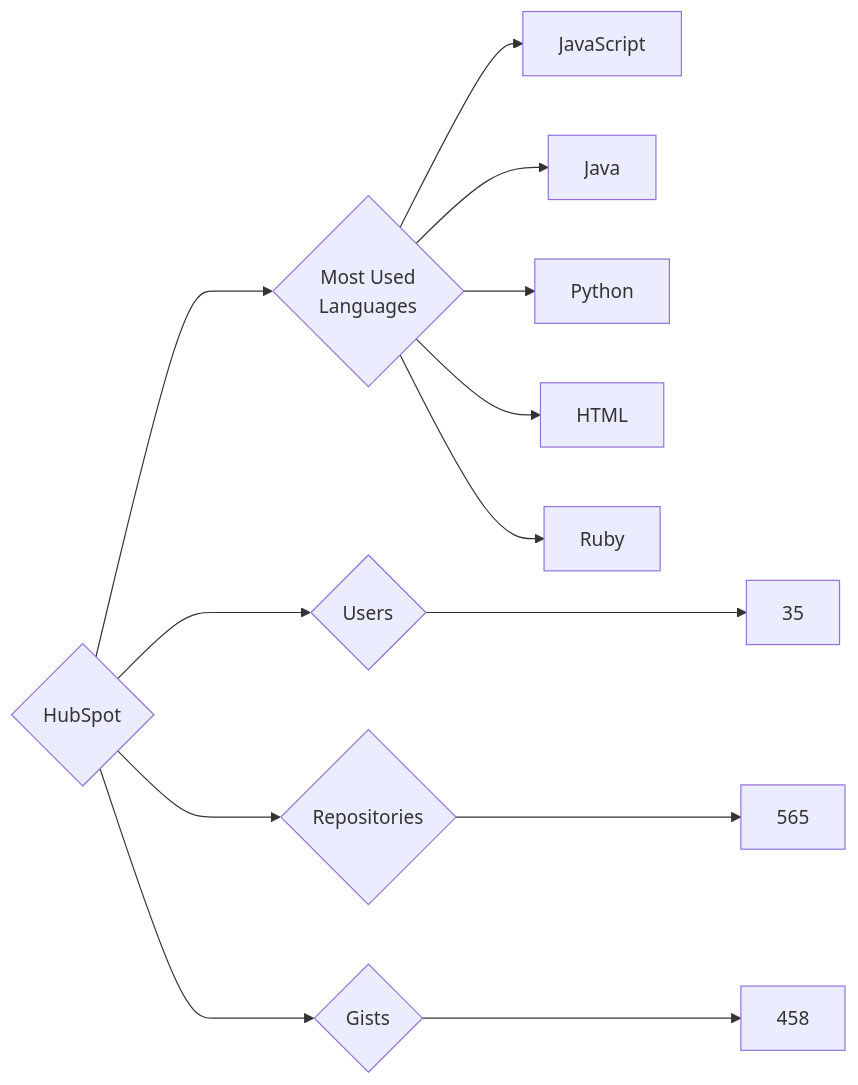
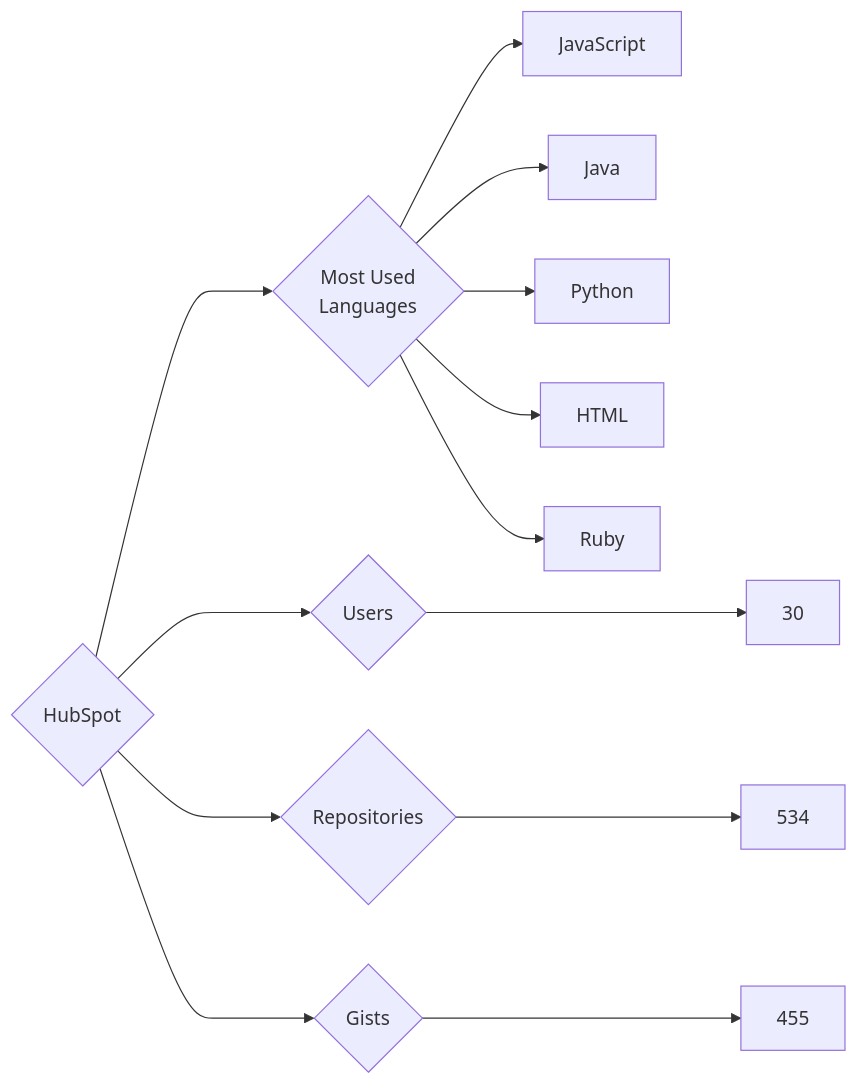
Before and after one commit to trickest/insiders: the diagram in targets/HubSpot/README.md, drawn with Mermaid. The commit also changed 786 other files, not shown here.

````diff
--- a/targets/HubSpot/README.md
+++ b/targets/HubSpot/README.md
@@ -3,13 +3,13 @@
 ```mermaid
 graph LR
 COMPANY_NAME{HubSpot}
-COMPANY_NAME ---> U{Users} ---> UN[35]
-COMPANY_NAME ---> R{Repositories} ---> RN[565]
-COMPANY_NAME ---> G{Gists} ---> GN[458]
+COMPANY_NAME ---> U{Users} ---> UN[30]
+COMPANY_NAME ---> R{Repositories} ---> RN[534]
+COMPANY_NAME ---> G{Gists} ---> GN[455]
 COMPANY_NAME ---> ML{Most Used<br>Languages}
 ML --> JavaScript[JavaScript]
 ML --> Java[Java]
 ML --> Python[Python]
 ML --> HTML[HTML]
 ML --> Ruby[Ruby]
 ```
````
